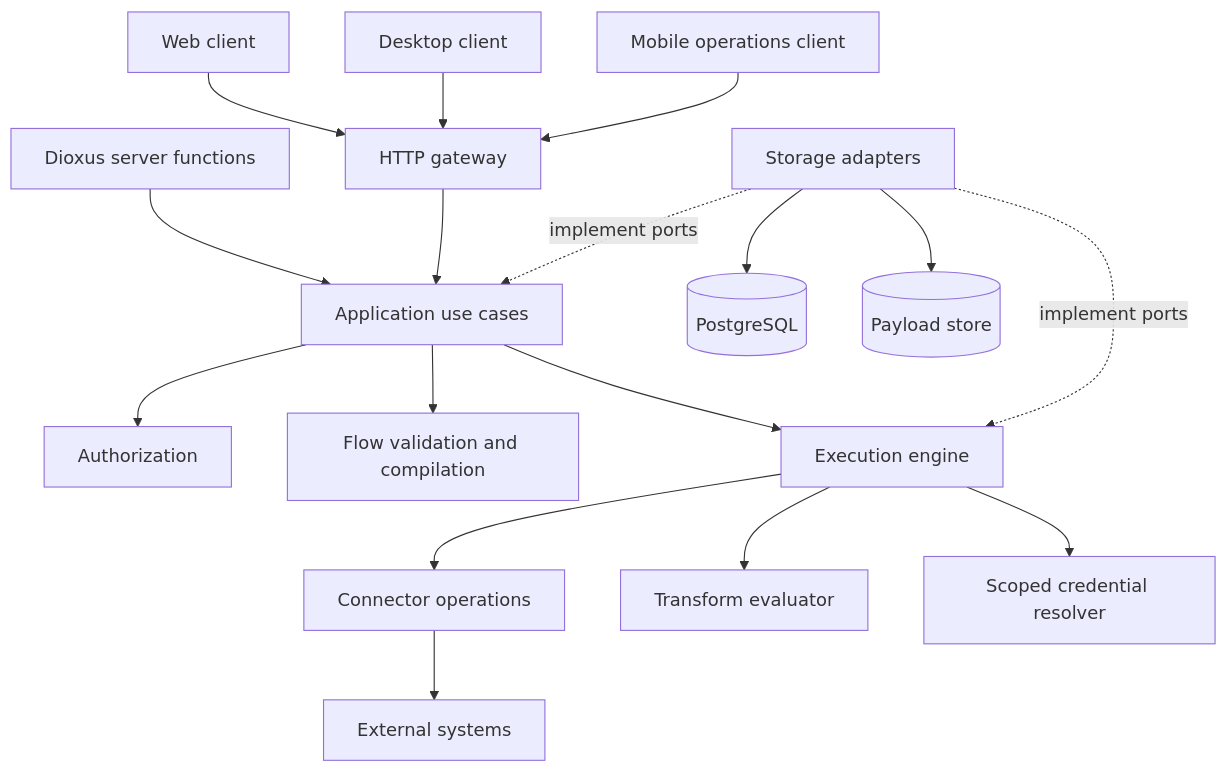
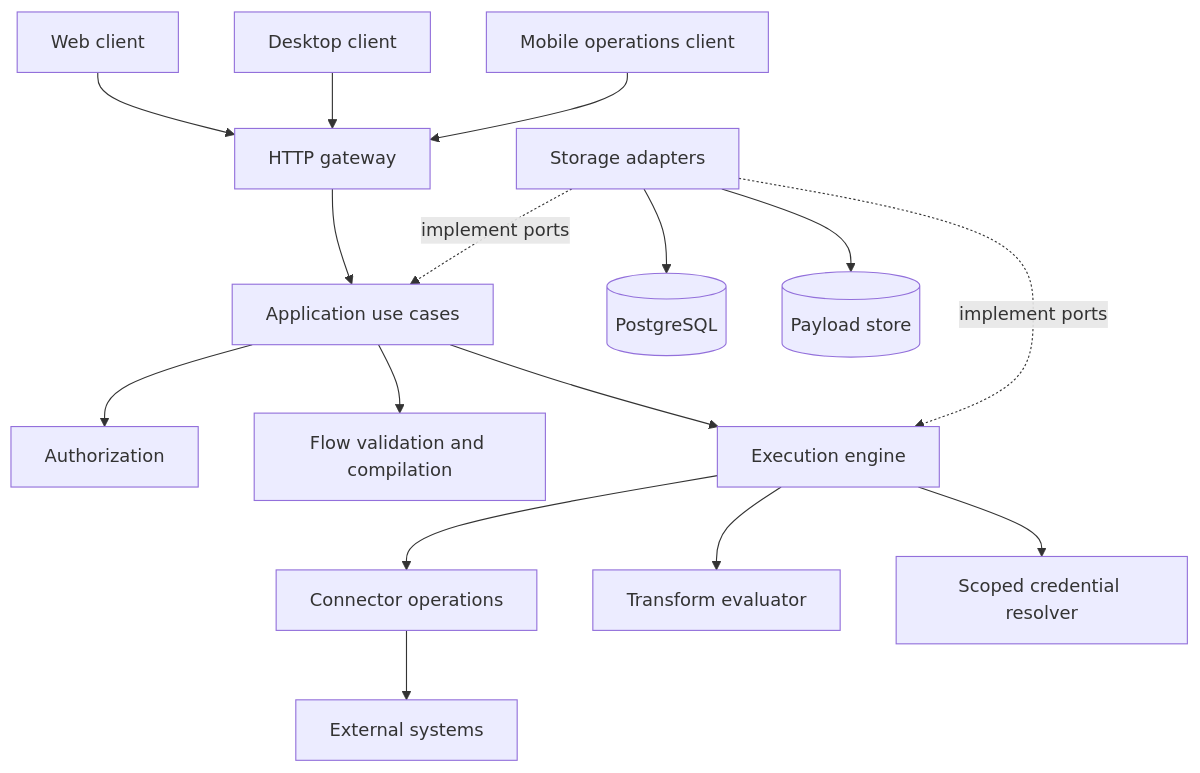
Before and after one commit to shubham225/conctr: the diagram in docs/architecture/system-overview.md, drawn with Mermaid. The commit also changed other lines of this file and 64 other files, not shown here.

````diff
--- a/docs/architecture/system-overview.md
+++ b/docs/architecture/system-overview.md
@@ -16,19 +16,18 @@
 ```mermaid
 flowchart TB
     Web[Web client] --> Gateway[HTTP gateway]
     Desktop[Desktop client] --> Gateway
     Mobile[Mobile operations client] --> Gateway
-    BFF[Dioxus server functions] --> UseCases[Application use cases]
-    Gateway --> UseCases
+    Gateway --> UseCases[Application use cases]
     UseCases --> Auth[Authorization]
     UseCases --> Flow[Flow validation and compilation]
     UseCases --> Runtime[Execution engine]
     Runtime --> Connectors[Connector operations]
     Runtime --> Transform[Transform evaluator]
     Connectors --> External[External systems]
     Store[Storage adapters] -. implement ports .-> UseCases
     Store -. implement ports .-> Runtime
     Store --> DB[(PostgreSQL)]
     Store --> Blobs[(Payload store)]
     Runtime --> Secrets[Scoped credential resolver]
 ```
````
